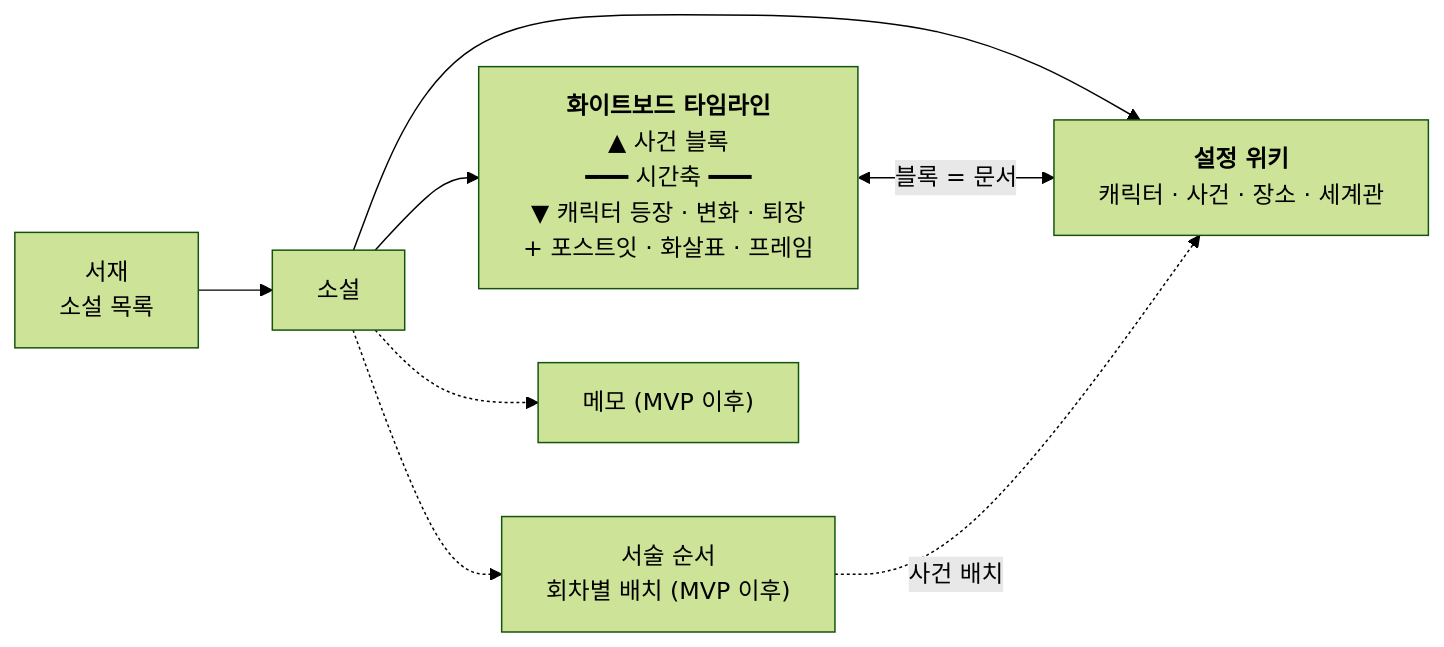
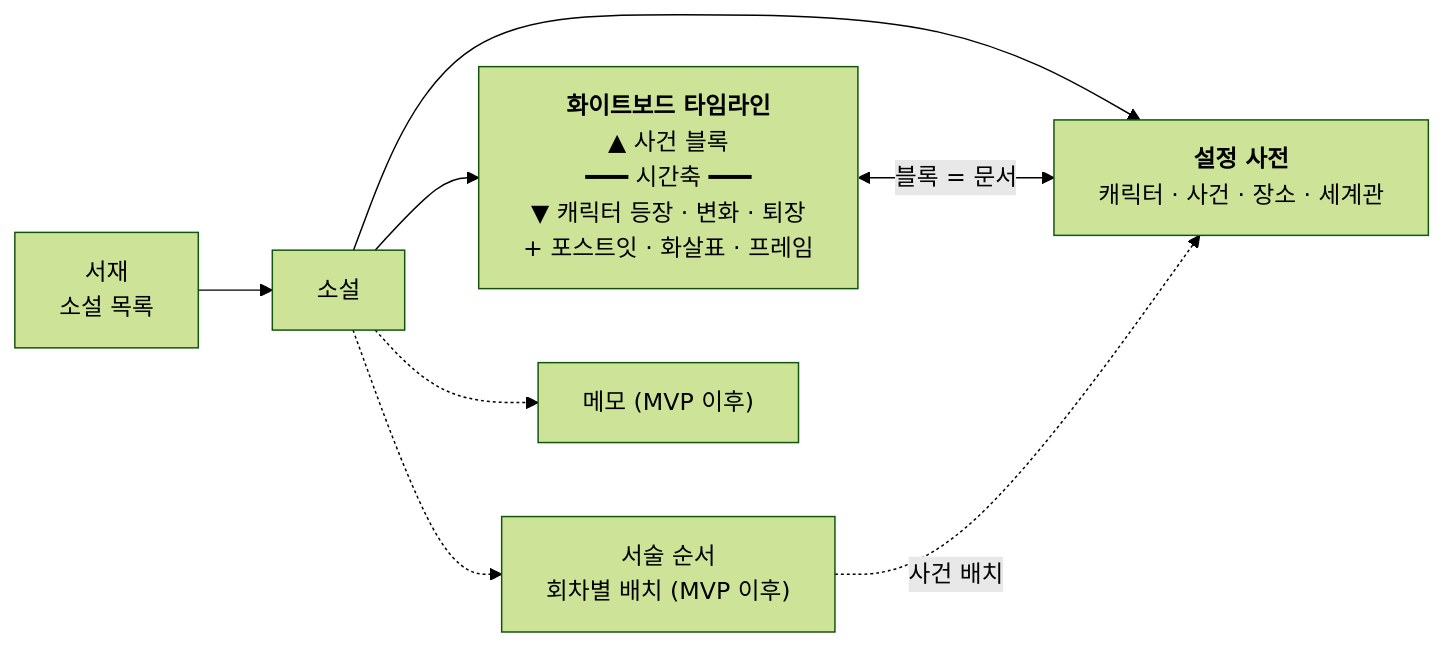
Before and after one commit to kty2001/NovelStory: the diagram in README.md, drawn with Mermaid (forest theme). The commit also changed other lines of this file and 17 other files, not shown here.

````diff
--- a/README.md
+++ b/README.md
@@ -7,11 +7,11 @@
 ```mermaid
 %%{init: {"flowchart": {"wrappingWidth": 320}}}%%
 flowchart LR
     LIB["서재<br/>소설 목록"] --> NOVEL["소설"]
     NOVEL --> BOARD["<b>화이트보드 타임라인</b><br/>▲ 사건 블록<br/>━━━ 시간축 ━━━<br/>▼ 캐릭터 등장 · 변화 · 퇴장<br/>+ 포스트잇 · 화살표 · 프레임"]
-    NOVEL --> WIKI["<b>설정 위키</b><br/>캐릭터 · 사건 · 장소 · 세계관"]
+    NOVEL --> WIKI["<b>설정 사전</b><br/>캐릭터 · 사건 · 장소 · 세계관"]
     BOARD <-->|"블록 = 문서"| WIKI
     NOVEL -.-> NARR["서술 순서<br/>회차별 배치 (MVP 이후)"]
     NOVEL -.-> MEMO["메모 (MVP 이후)"]
     NARR -.->|"사건 배치"| WIKI
 ```
````
